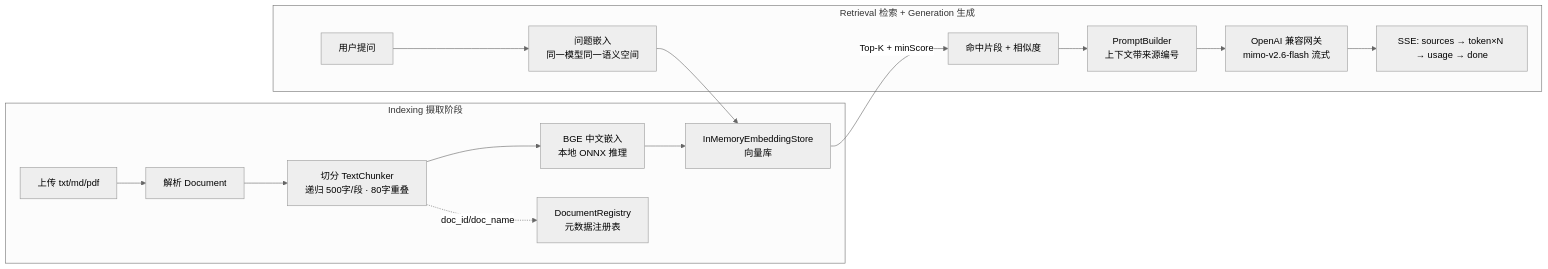
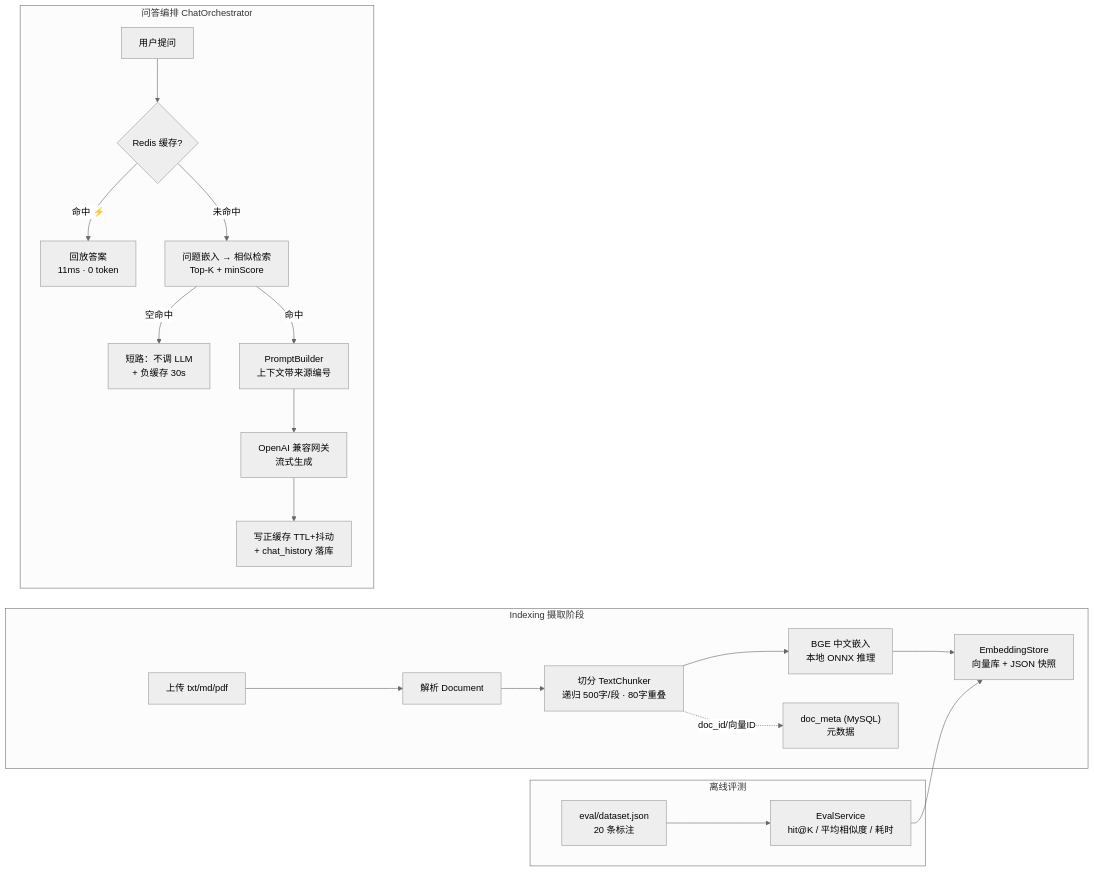
The diagram in README.md (chaiwei-art/teng-rag-java), drawn with Mermaid (neutral theme) before and after one commit. The commit also changed other lines of this file and 48 other files, not shown here.

````diff
--- a/README.md
+++ b/README.md
@@ -26,18 +31,23 @@
 ```mermaid
 flowchart LR
     subgraph Indexing["Indexing 摄取阶段"]
         A[上传 txt/md/pdf] --> B[解析 Document]
         B --> C["切分 TextChunker<br/>递归 500字/段 · 80字重叠"]
         C --> D["BGE 中文嵌入<br/>本地 ONNX 推理"]
-        D --> E["InMemoryEmbeddingStore<br/>向量库"]
-        C -.doc_id/doc_name.-> F["DocumentRegistry<br/>元数据注册表"]
+        D --> E["EmbeddingStore<br/>向量库 + JSON 快照"]
+        C -.doc_id/向量ID.-> F["doc_meta (MySQL)<br/>元数据"]
     end
-    subgraph Retrieval["Retrieval 检索 + Generation 生成"]
-        G[用户提问] --> H["问题嵌入<br/>同一模型同一语义空间"]
-        H --> E
-        E -->|Top-K + minScore| I["命中片段 + 相似度"]
-        I --> J["PromptBuilder<br/>上下文带来源编号"]
-        J --> K["OpenAI 兼容网关<br/>mimo-v2.6-flash 流式"]
-        K --> L["SSE: sources → token×N → usage → done"]
+    subgraph Orchestrate["问答编排 ChatOrchestrator"]
+        G[用户提问] --> H{"Redis 缓存?"}
+        H -->|命中 ⚡| I["回放答案<br/>11ms · 0 token"]
+        H -->|未命中| J["问题嵌入 → 相似检索<br/>Top-K + minScore"]
+        J -->|空命中| K["短路：不调 LLM<br/>+ 负缓存 30s"]
+        J -->|命中| L["PromptBuilder<br/>上下文带来源编号"]
+        L --> M["OpenAI 兼容网关<br/>流式生成"]
+        M --> N["写正缓存 TTL+抖动<br/>+ chat_history 落库"]
+    end
+    subgraph Offline["离线评测"]
+        O["eval/dataset.json<br/>20 条标注"] --> P["EvalService<br/>hit@K / 平均相似度 / 耗时"]
+        P --> E
     end
 ```
````
